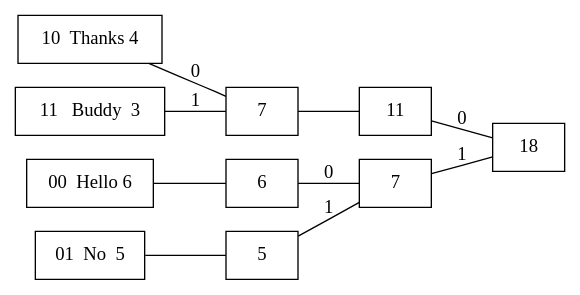
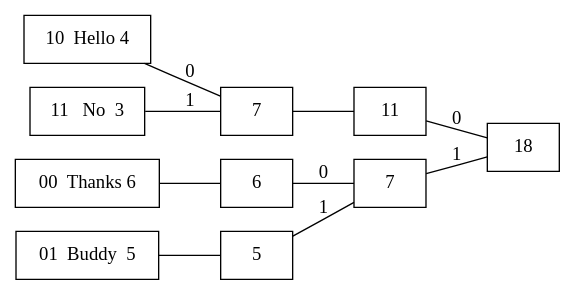
One commit to TaddyLab/deepir changed the diagram in graphs/bht.dot. Above: the diagram before and after it, drawn with Graphviz. The commit also changed 1 other file, not shown here.

```diff
--- a/graphs/bht.dot
+++ b/graphs/bht.dot
@@ -1,24 +1,24 @@
 digraph Tree {
 	rankdir="RL";
 	edge [arrowhead=none];
 	node [shape=box];
 	0 [label="18"] ;
 	0 -> 1 [label = "0"];
 	0 -> 2 [label = "1"];
 	1 [label="11"] ;
 	2 [label="7"] ;
 	1 -> 3 ;
 	2 -> 4 [label = "0"];
 	2 -> 5 [label = "1"];
 	3 [label="7"] ;
 	4 [label="6"] ;
 	5 [label="5"] ;
 	3 -> 8 [label = "0"];
 	3 -> 9 [label = "1"];
 	4 -> 6 ;
 	5 -> 7 ;
-	6 [label="00  Hello 6"] ;
-	7 [label="01  No  5"] ;
-	8 [label="10  Thanks 4"] ;
-	9 [label="11   Buddy  3"] ;
+	6 [label="00  Thanks 6"] ;
+	7 [label="01  Buddy  5"] ;
+	8 [label="10  Hello 4"] ;
+	9 [label="11   No  3"] ;
 }
```
